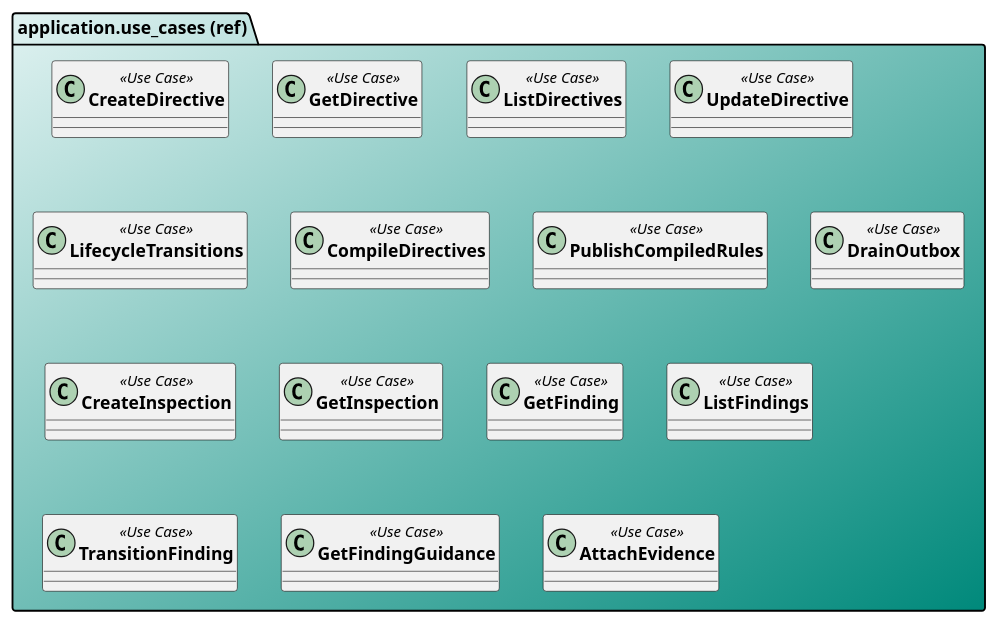
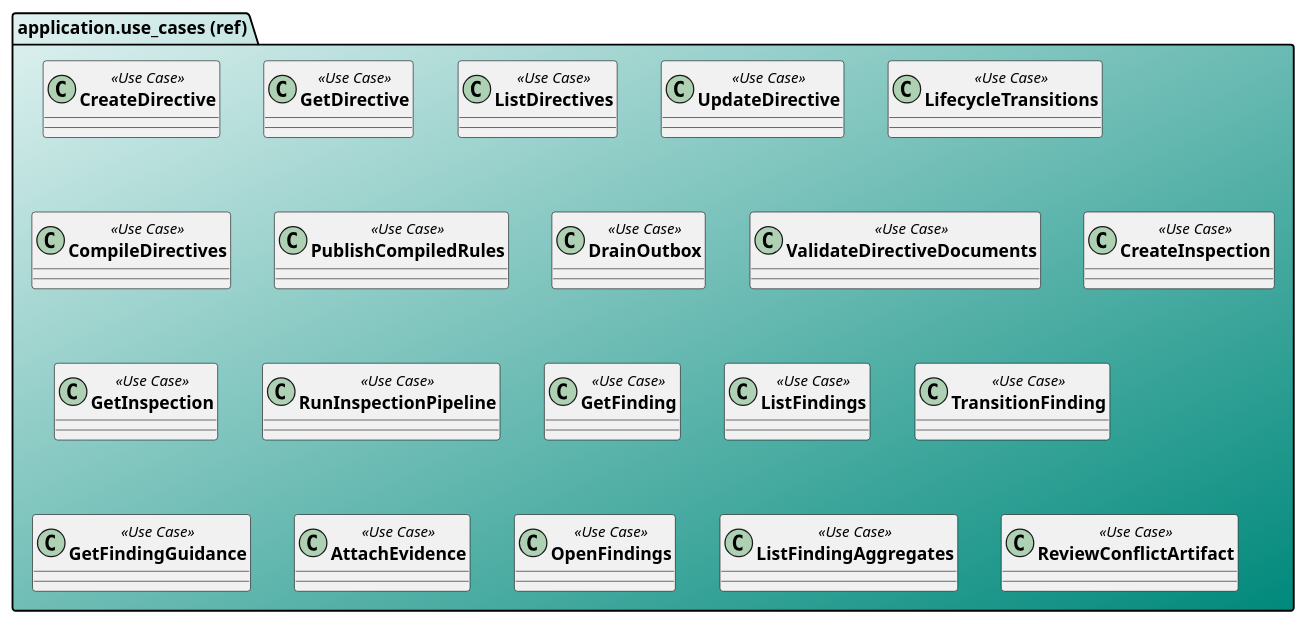
One commit to salimnamvar/selma changed the diagram in docs/class/common/cd_section_iface_usecases_ref.puml. Above: the diagram before and after it, drawn with PlantUML. The commit also changed other lines of this file and 2 other files, not shown here.

Commit message:
fix(docs): align package and class use case inventory
Add ValidateDirectiveDocuments to compiled_rules_application package
leaves and complete the class interface use-case reference set so
package, class, and use case views share one ROD catalog.

```diff
--- a/docs/class/common/cd_section_iface_usecases_ref.puml
+++ b/docs/class/common/cd_section_iface_usecases_ref.puml
@@ -1,23 +1,29 @@
 ' Section: cd_section_iface_usecases_ref.puml
+' Reference of all ROD application use cases (identical to package + use case view)
 
 package "application.use_cases (ref)" as UCS #E0F2F1/00897B {
   class "**CreateDirective**" as CreateDirective <<Use Case>>
   class "**GetDirective**" as GetDirective <<Use Case>>
   class "**ListDirectives**" as ListDirectives <<Use Case>>
   class "**UpdateDirective**" as UpdateDirective <<Use Case>>
   class "**LifecycleTransitions**" as LifecycleTransitions <<Use Case>>
   class "**CompileDirectives**" as CompileDirectives <<Use Case>>
   class "**PublishCompiledRules**" as PublishCompiledRules <<Use Case>>
   class "**DrainOutbox**" as DrainOutbox <<Use Case>>
+  class "**ValidateDirectiveDocuments**" as ValidateDirectiveDocuments <<Use Case>>
   class "**CreateInspection**" as CreateInspection <<Use Case>>
   class "**GetInspection**" as GetInspection <<Use Case>>
+  class "**RunInspectionPipeline**" as RunInspectionPipeline <<Use Case>>
   class "**GetFinding**" as GetFinding <<Use Case>>
   class "**ListFindings**" as ListFindings <<Use Case>>
   class "**TransitionFinding**" as TransitionFinding <<Use Case>>
   class "**GetFindingGuidance**" as GetFindingGuidance <<Use Case>>
   class "**AttachEvidence**" as AttachEvidence <<Use Case>>
+  class "**OpenFindings**" as OpenFindings <<Use Case>>
+  class "**ListFindingAggregates**" as ListFindingAggregates <<Use Case>>
+  class "**ReviewConflictArtifact**" as ReviewConflictArtifact <<Use Case>>
 }
 
 ' ═══════════════════════════════════════════════════════════
 '  rest_interface (C4: api)
 ' ═══════════════════════════════════════════════════════════
```
